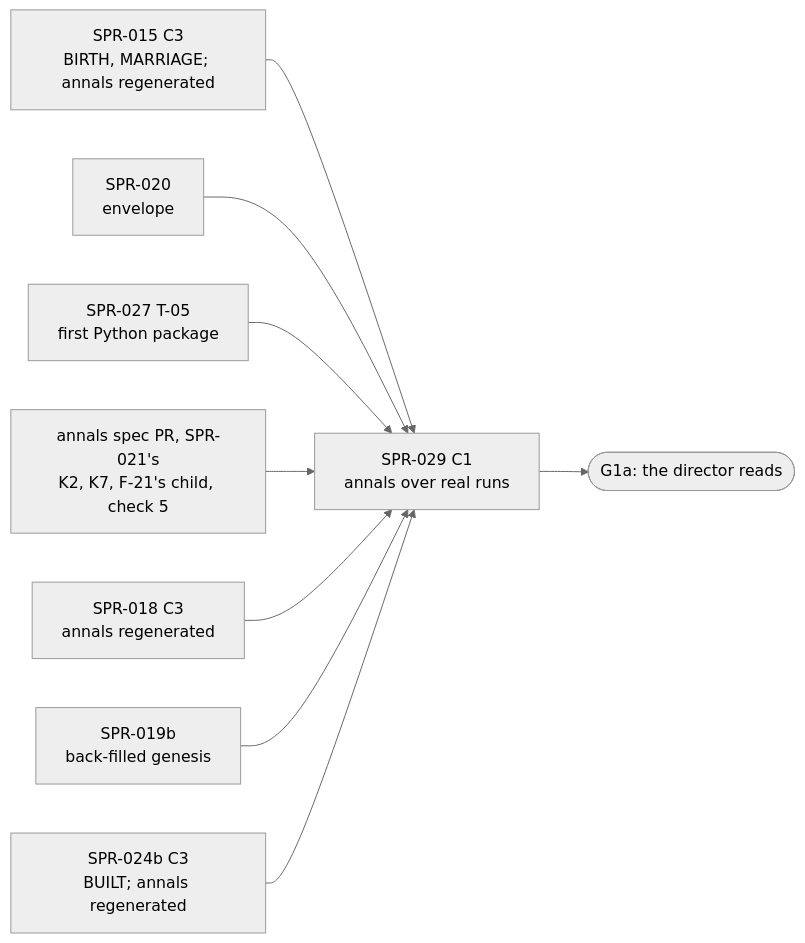
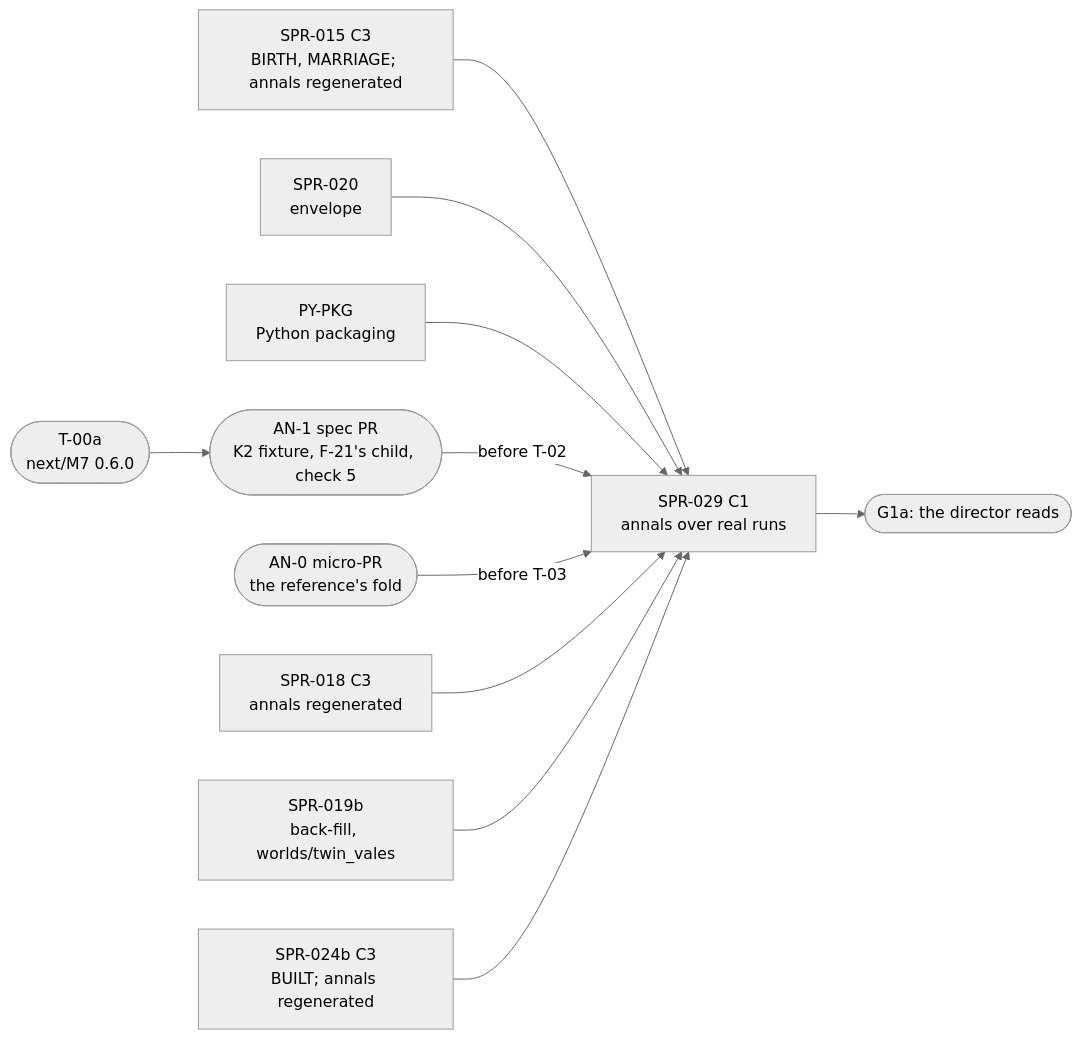
The diagram in CODEX/05_PROJECT/SPR-029_FamilyAnnals.md (BigRigVibeCoder/Rehoboam), drawn with Mermaid (neutral theme) before and after one commit. The commit also changed other lines of this file and 2 other files, not shown here.

````diff
--- a/CODEX/05_PROJECT/SPR-029_FamilyAnnals.md
+++ b/CODEX/05_PROJECT/SPR-029_FamilyAnnals.md
@@ -195,11 +189,13 @@
 ```mermaid
 flowchart LR
   S015[SPR-015 C3<br/>BIRTH, MARRIAGE; annals regenerated] --> S029[SPR-029 C1<br/>annals over real runs]
   S020[SPR-020<br/>envelope] --> S029
-  S027[SPR-027 T-05<br/>first Python package] --> S029
-  ASP[annals spec PR, SPR-021's<br/>K2, K7, F-21's child, check 5] --> S029
+  PYPKG[PY-PKG<br/>Python packaging] --> S029
+  T00a([T-00a<br/>next/M7 0.6.0]) --> AN1([AN-1 spec PR<br/>K2 fixture, F-21's child, check 5])
+  AN1 -->|before T-02| S029
+  AN0([AN-0 micro-PR<br/>the reference's fold]) -->|before T-03| S029
   S018[SPR-018 C3<br/>annals regenerated] --> S029
-  S019b[SPR-019b<br/>back-filled genesis] --> S029
+  S019b[SPR-019b<br/>back-fill, worlds/twin_vales] --> S029
   S024b[SPR-024b C3<br/>BUILT; annals regenerated] --> S029
   S029 --> G1a([G1a: the director reads])
 ```
````
